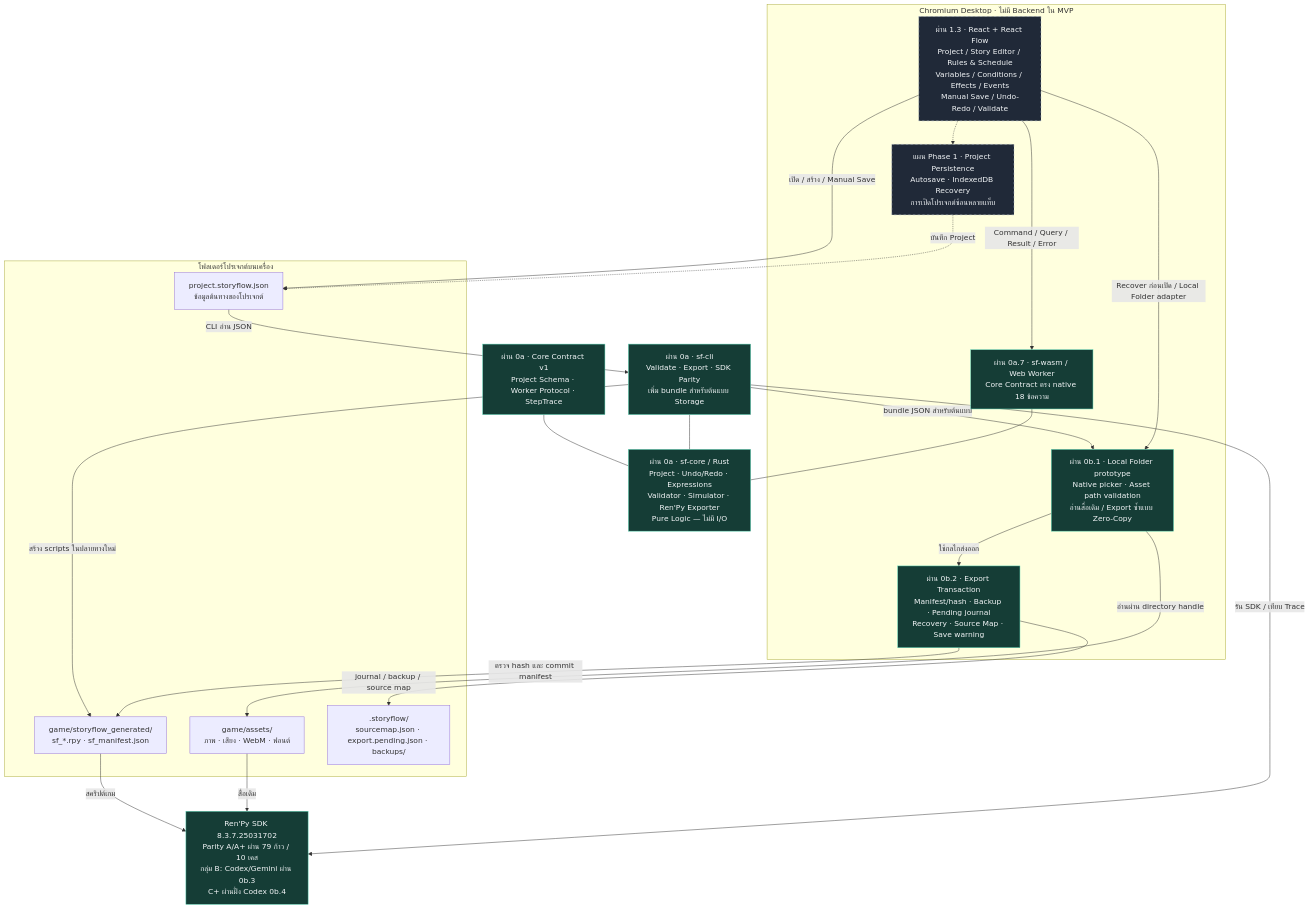
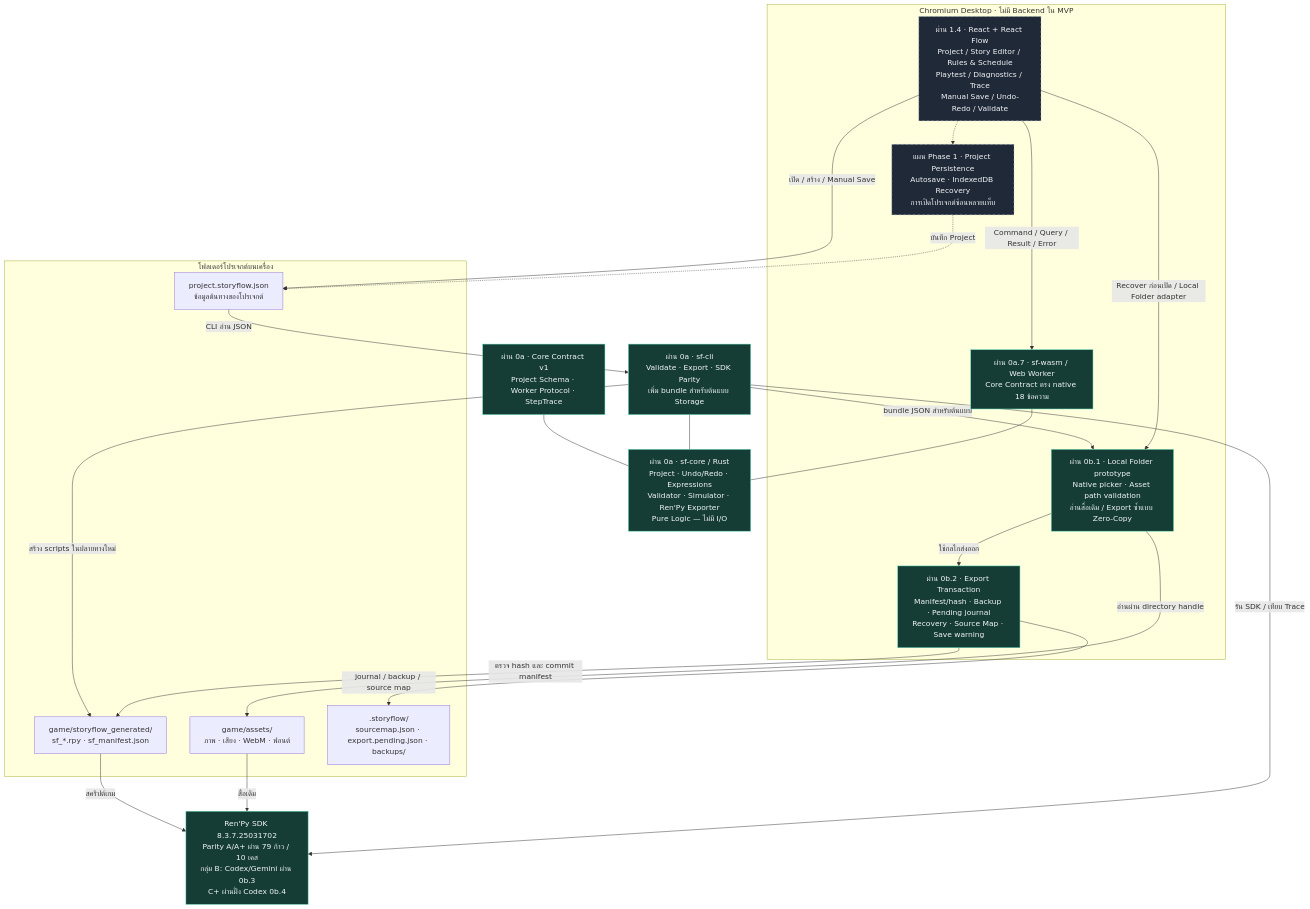
The first of 2 diagrams in readme.md (anuwatm/GameStudio), drawn with Mermaid before and after one commit. The commit also changed other lines of this file and 39 other files, not shown here.

Commit message:
feat: complete and accept Phase 1.4 (Playtest, Diagnostics, SetVar/Rewind, and StepTrace)

````diff
--- a/readme.md
+++ b/readme.md
@@ -38,48 +38,48 @@
 ```mermaid
 flowchart TB
     Contract["ผ่าน 0a · Core Contract v1<br/>Project Schema · Worker Protocol · StepTrace"]
     Core["ผ่าน 0a · sf-core / Rust<br/>Project · Undo/Redo · Expressions<br/>Validator · Simulator · Ren'Py Exporter<br/>Pure Logic — ไม่มี I/O"]
     CLI["ผ่าน 0a · sf-cli<br/>Validate · Export · SDK Parity<br/>เพิ่ม bundle สำหรับต้นแบบ Storage"]
 
     subgraph Browser["Chromium Desktop · ไม่มี Backend ใน MVP"]
-        UI["ผ่าน 1.3 · React + React Flow<br/>Project / Story Editor / Rules & Schedule<br/>Variables / Conditions / Effects / Events<br/>Manual Save / Undo-Redo / Validate"]
+        UI["ผ่าน 1.4 · React + React Flow<br/>Project / Story Editor / Rules & Schedule<br/>Playtest / Diagnostics / Trace<br/>Manual Save / Undo-Redo / Validate"]
         Worker["ผ่าน 0a.7 · sf-wasm / Web Worker<br/>Core Contract ตรง native 18 ข้อความ"]
         Local["ผ่าน 0b.1 · Local Folder prototype<br/>Native picker · Asset path validation<br/>อ่านสื่อเดิม / Export ซ้ำแบบ Zero-Copy"]
         Tx["ผ่าน 0b.2 · Export Transaction<br/>Manifest/hash · Backup · Pending journal<br/>Recovery · Source Map · Save warning"]
         Save["แผน Phase 1 · Project Persistence<br/>Autosave · IndexedDB Recovery<br/>การเปิดโปรเจกต์ซ้อนหลายแท็บ"]
     end
 
     subgraph Disk["โฟลเดอร์โปรเจกต์บนเครื่อง"]
         Project["project.storyflow.json<br/>ข้อมูลต้นทางของโปรเจกต์"]
         Assets["game/assets/<br/>ภาพ · เสียง · WebM · ฟอนต์"]
         Generated["game/storyflow_generated/<br/>sf_*.rpy · sf_manifest.json"]
         Meta[".storyflow/<br/>sourcemap.json · export.pending.json · backups/"]
     end
     SDK["Ren'Py SDK 8.3.7.25031702<br/>Parity A/A+ ผ่าน 79 ก้าว / 10 เคส<br/>กลุ่ม B: Codex/Gemini ผ่าน 0b.3<br/>C+ ผ่านฝั่ง Codex 0b.4"]
 
     Contract --- Core
     CLI --- Core
     Worker --- Core
     Project -->|"CLI อ่าน JSON"| CLI
     CLI -->|"สร้าง scripts ในปลายทางใหม่"| Generated
     CLI -->|"bundle JSON สำหรับต้นแบบ"| Local
     Local -->|"อ่านผ่าน directory handle"| Assets
     Local -->|"ใช้กลไกส่งออก"| Tx
     Tx -->|"ตรวจ hash และ commit manifest"| Generated
     Tx -->|"journal / backup / source map"| Meta
     UI -->|"Command / Query / Result / Error"| Worker
     UI -->|"Recover ก่อนเปิด / Local Folder adapter"| Local
     UI -->|"เปิด / สร้าง / Manual Save"| Project
     UI -.-> Save
     Save -.->|"บันทึก Project"| Project
     Generated -->|"สคริปต์เกม"| SDK
     Assets -->|"สื่อเดิม"| SDK
     CLI -->|"รัน SDK / เทียบ Trace"| SDK
 
     classDef passed fill:#153d36,stroke:#58d4b4,color:#f2f5f7
     classDef prototype fill:#40351d,stroke:#e2b95c,color:#f2f5f7
     classDef planned fill:#202938,stroke:#a8b5c7,color:#f2f5f7,stroke-dasharray:5 5
     class Contract,Core,CLI,Worker,Local,Tx,SDK passed
 
     class UI,Save planned
 ```
````
